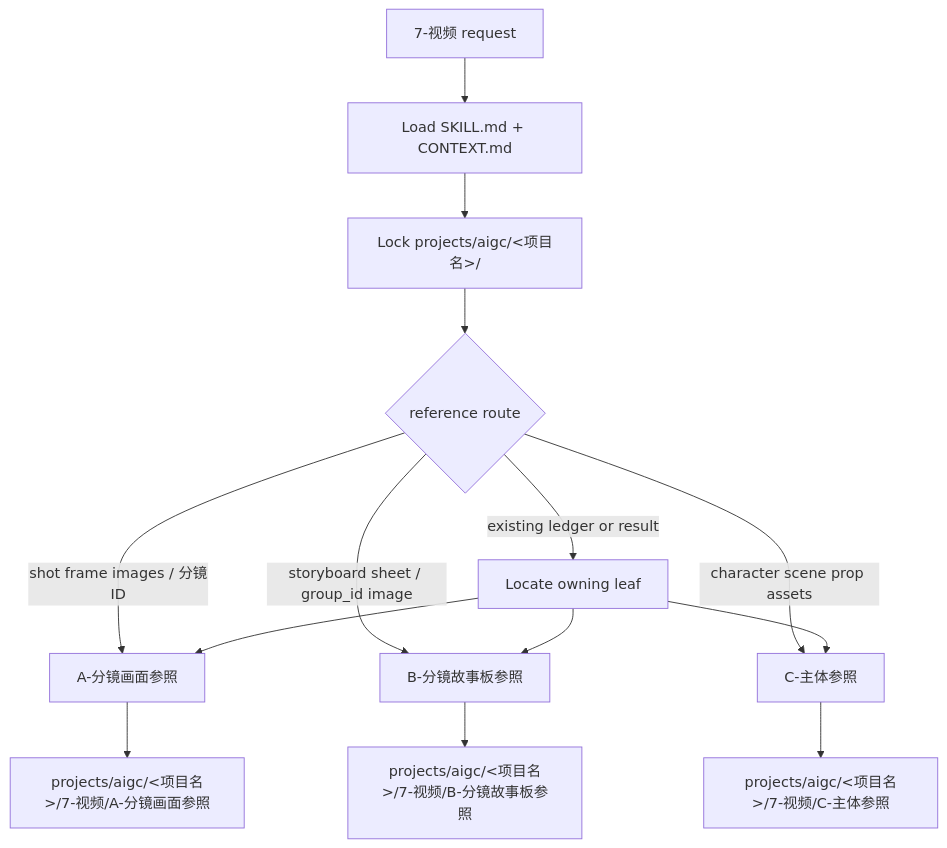
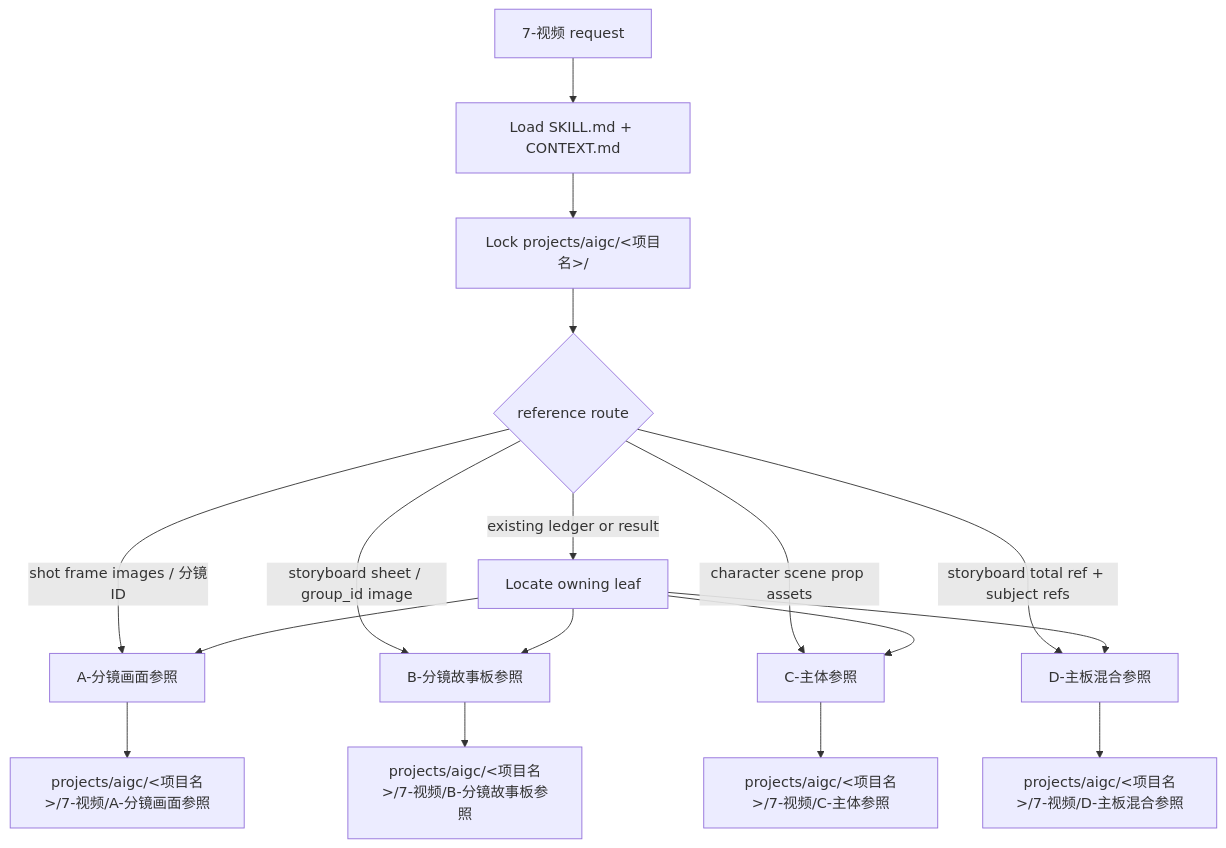
One commit to ZEN-VOID/AI-CUT changed the diagram in .agents/skills/aigc/7-视频/SKILL.md. Above: the diagram before and after it, drawn with Mermaid. The commit also changed other lines of this file and 173 other files, not shown here.

````diff
--- a/.agents/skills/aigc/7-视频/SKILL.md
+++ b/.agents/skills/aigc/7-视频/SKILL.md
@@ -68,16 +70,19 @@
 ```mermaid
 flowchart TD
     A["7-视频 request"] --> B["Load SKILL.md + CONTEXT.md"]
     B --> C["Lock projects/aigc/<项目名>/"]
     C --> D{"reference route"}
     D -->|"shot frame images / 分镜ID"| E["A-分镜画面参照"]
     D -->|"storyboard sheet / group_id image"| F["B-分镜故事板参照"]
     D -->|"character scene prop assets"| G["C-主体参照"]
+    D -->|"storyboard total ref + subject refs"| L["D-主板混合参照"]
     D -->|"existing ledger or result"| H["Locate owning leaf"]
     E --> I["projects/aigc/<项目名>/7-视频/A-分镜画面参照"]
     F --> J["projects/aigc/<项目名>/7-视频/B-分镜故事板参照"]
     G --> K["projects/aigc/<项目名>/7-视频/C-主体参照"]
+    L --> M["projects/aigc/<项目名>/7-视频/D-主板混合参照"]
     H --> E
     H --> F
     H --> G
+    H --> L
 ```
````
